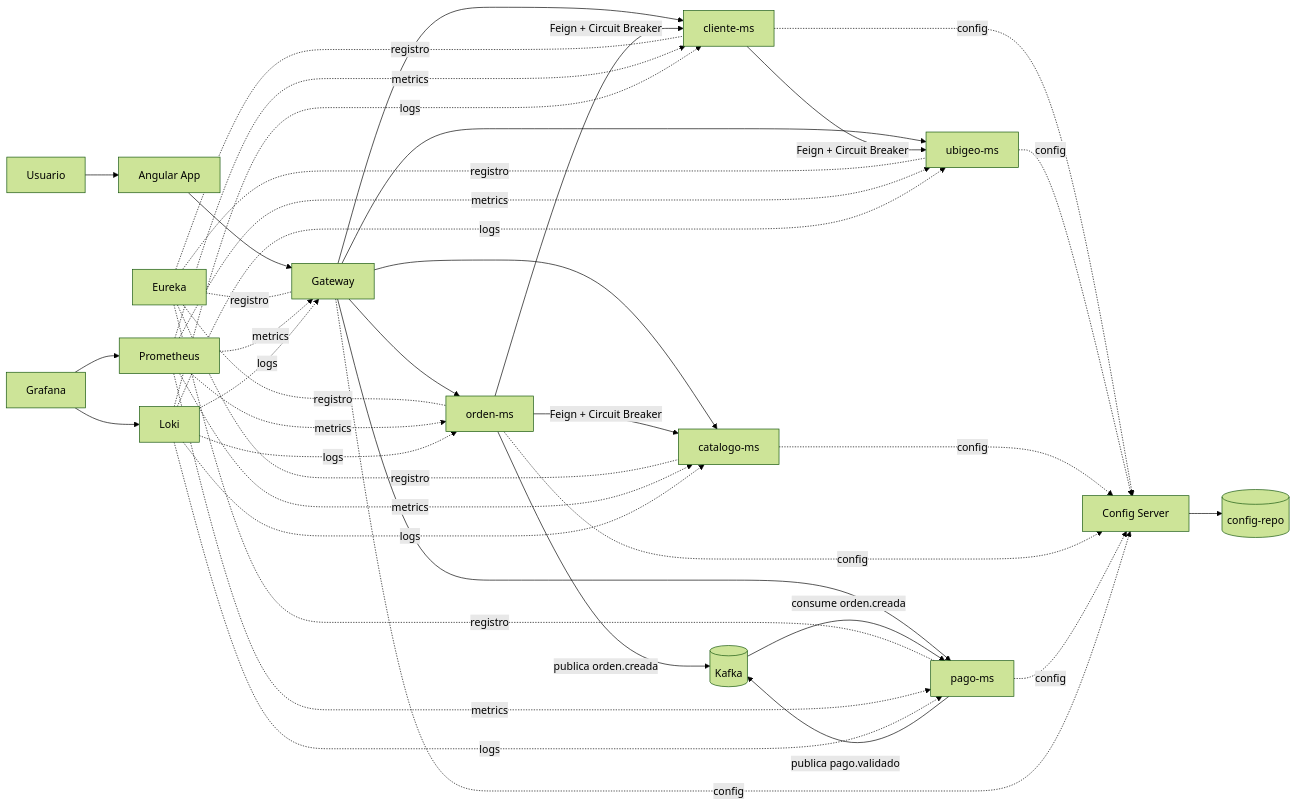
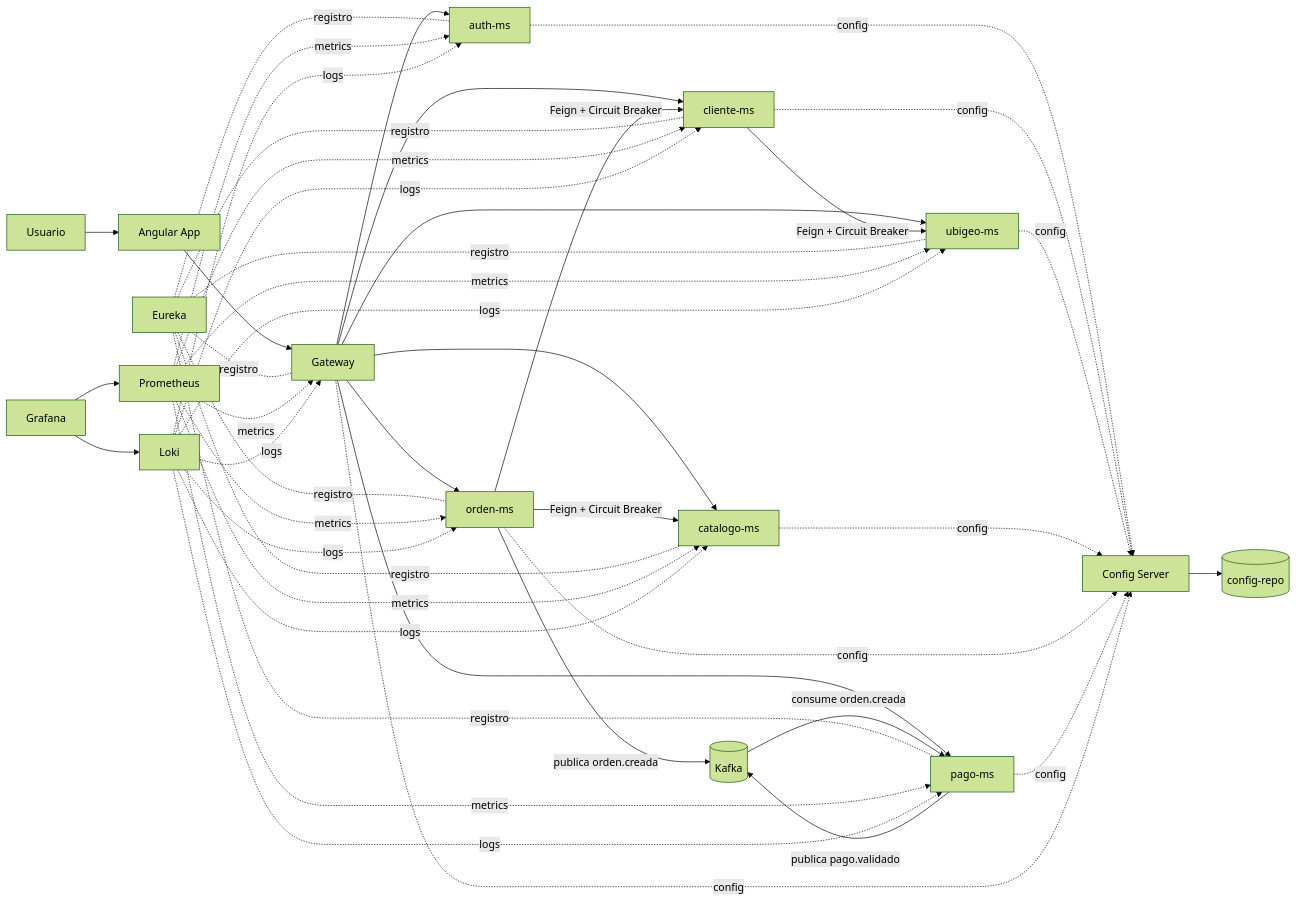
Before and after one commit to 262dist/pagatu: the fourth of 5 diagrams in README.md, drawn with Mermaid (forest theme). The commit also changed other lines of this file and 1 other file, not shown here.

````diff
--- a/README.md
+++ b/README.md
@@ -102,51 +105,56 @@
 ```mermaid
 flowchart LR
     usuario[Usuario] --> angular[Angular App]
     angular --> gateway[Gateway]
 
     gateway --> cliente[cliente-ms]
     gateway --> ubigeo[ubigeo-ms]
     gateway --> catalogo[catalogo-ms]
     gateway --> orden[orden-ms]
     gateway --> pago[pago-ms]
+    gateway --> auth[auth-ms]
 
     cliente -- Feign + Circuit Breaker --> ubigeo
     orden -- Feign + Circuit Breaker --> cliente
     orden -- Feign + Circuit Breaker --> catalogo
 
     orden -- publica orden.creada --> kafka[(Kafka)]
     kafka -- consume orden.creada --> pago
     pago -- publica pago.validado --> kafka
 
     config[Config Server] --> configrepo[(config-repo)]
+    auth -. config .-> config
     cliente -. config .-> config
     ubigeo -. config .-> config
     catalogo -. config .-> config
     orden -. config .-> config
     pago -. config .-> config
     gateway -. config .-> config
 
-    eureka[Eureka] -. registro .- cliente
+    eureka[Eureka] -. registro .- auth
+    eureka -. registro .- cliente
     eureka -. registro .- ubigeo
     eureka -. registro .- catalogo
     eureka -. registro .- orden
     eureka -. registro .- pago
     eureka -. registro .- gateway
 
-    prometheus[Prometheus] -. metrics .-> gateway
+    prometheus[Prometheus] -. metrics .-> auth
+    prometheus -. metrics .-> gateway
     prometheus -. metrics .-> cliente
     prometheus -. metrics .-> ubigeo
     prometheus -. metrics .-> catalogo
     prometheus -. metrics .-> orden
     prometheus -. metrics .-> pago
 
-    loki[Loki] -. logs .-> gateway
+    loki[Loki] -. logs .-> auth
+    loki -. logs .-> gateway
     loki -. logs .-> cliente
     loki -. logs .-> ubigeo
     loki -. logs .-> catalogo
     loki -. logs .-> orden
     loki -. logs .-> pago
 
     grafana[Grafana] --> prometheus
     grafana --> loki
 ```
````
